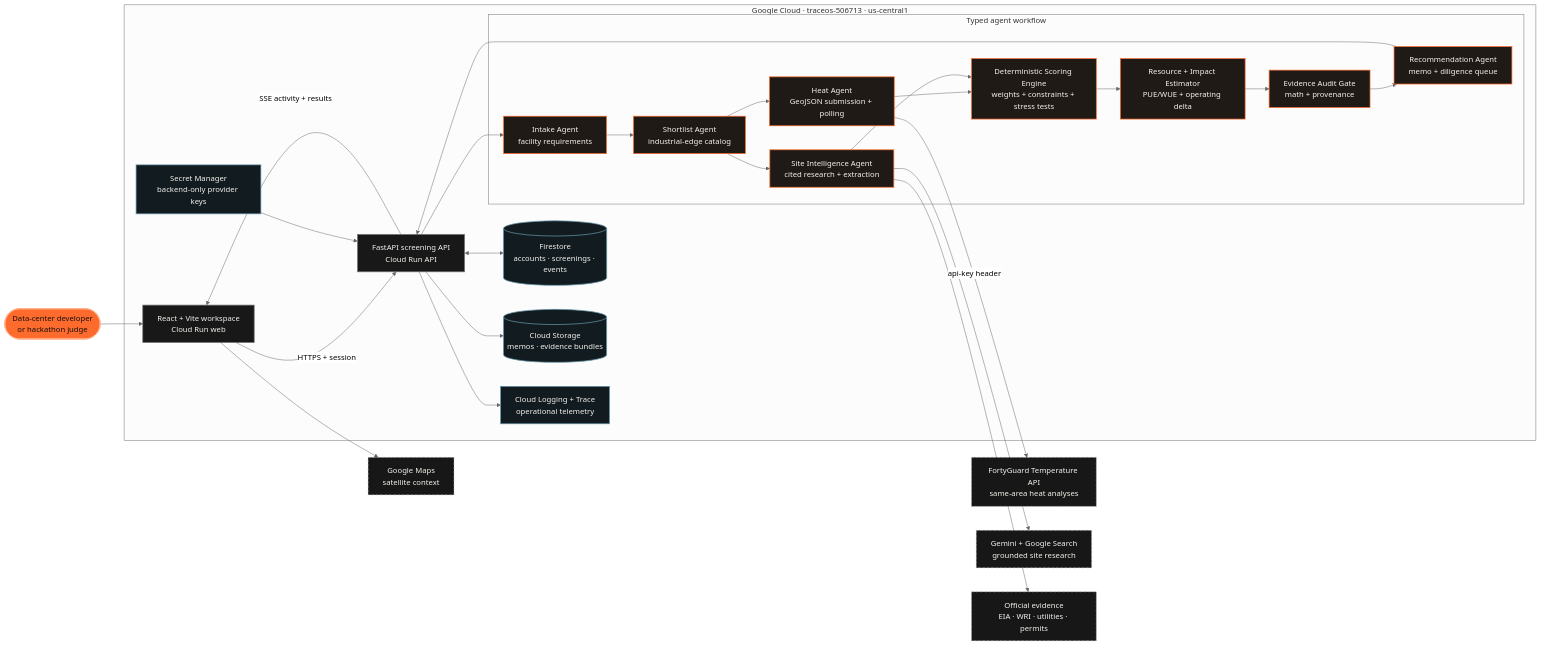
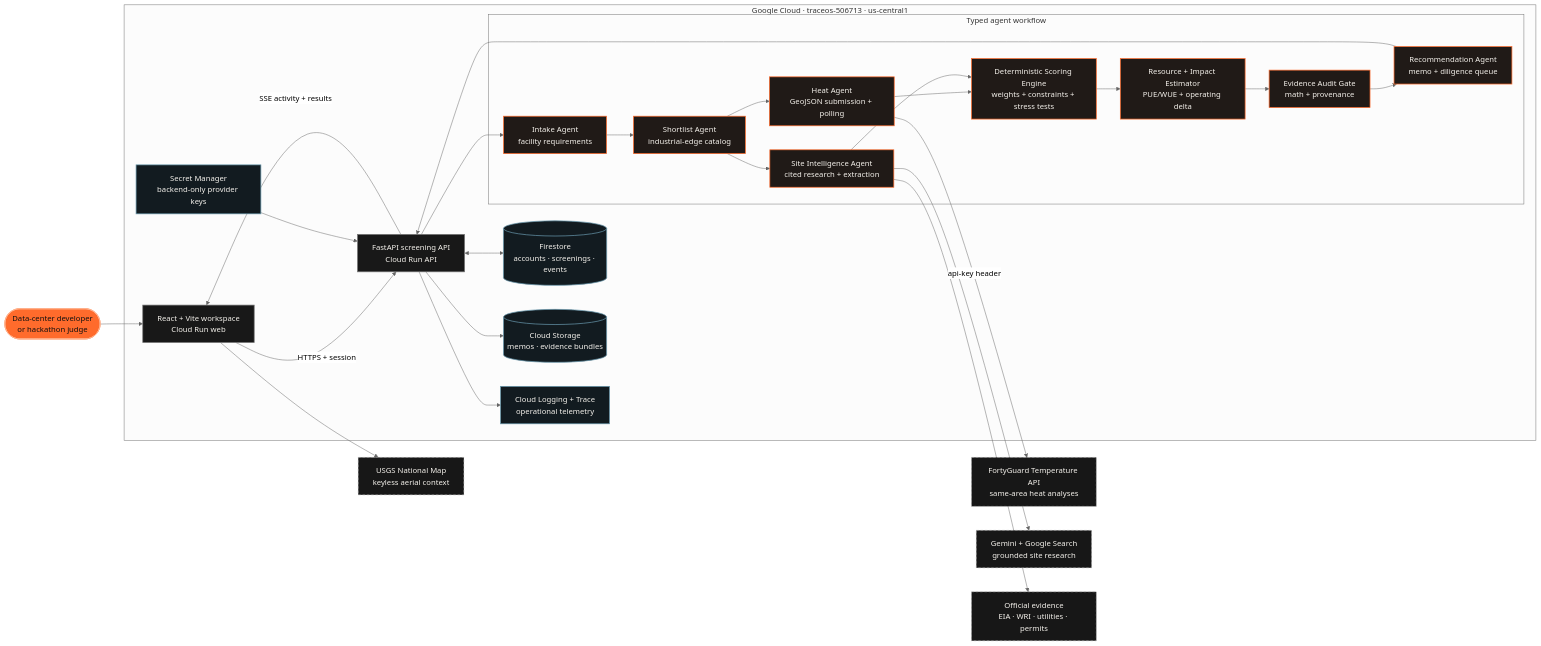
The diagram in docs/architecture/thermasite-architecture.mmd (foundator779/ThermaSite), drawn with Mermaid (neutral theme) before and after one commit. The commit also changed 21 other files, not shown here.

Commit message:
Remove browser API keys with keyless USGS maps

```diff
--- a/docs/architecture/thermasite-architecture.mmd
+++ b/docs/architecture/thermasite-architecture.mmd
@@ -1,62 +1,62 @@
 flowchart LR
   USER([Data-center developer<br/>or hackathon judge])
 
   subgraph GCP[Google Cloud · traceos-506713 · us-central1]
     WEB[React + Vite workspace<br/>Cloud Run web]
     API[FastAPI screening API<br/>Cloud Run API]
 
     subgraph WORKFLOW[Typed agent workflow]
       INTAKE[Intake Agent<br/>facility requirements]
       SHORTLIST[Shortlist Agent<br/>industrial-edge catalog]
       HEAT[Heat Agent<br/>GeoJSON submission + polling]
       INTEL[Site Intelligence Agent<br/>cited research + extraction]
       SCORE[Deterministic Scoring Engine<br/>weights + constraints + stress tests]
       EST[Resource + Impact Estimator<br/>PUE/WUE + operating delta]
       AUDIT[Evidence Audit Gate<br/>math + provenance]
       REC[Recommendation Agent<br/>memo + diligence queue]
 
       INTAKE --> SHORTLIST
       SHORTLIST --> HEAT
       SHORTLIST --> INTEL
       HEAT --> SCORE
       INTEL --> SCORE
       SCORE --> EST --> AUDIT --> REC
     end
 
     FIRESTORE[(Firestore<br/>accounts · screenings · events)]
     STORAGE[(Cloud Storage<br/>memos · evidence bundles)]
     SECRETS[Secret Manager<br/>backend-only provider keys]
     OBS[Cloud Logging + Trace<br/>operational telemetry]
 
     WEB -->|HTTPS + session| API
     API --> INTAKE
     REC --> API
     API -->|SSE activity + results| WEB
     API <--> FIRESTORE
     API --> STORAGE
     SECRETS --> API
     API --> OBS
   end
 
   FG[FortyGuard Temperature API<br/>same-area heat analyses]
   GEMINI[Gemini + Google Search<br/>grounded site research]
   SOURCES[Official evidence<br/>EIA · WRI · utilities · permits]
-  MAPS[Google Maps<br/>satellite context]
+  MAPS[USGS National Map<br/>keyless aerial context]
 
   USER --> WEB
   WEB --> MAPS
   HEAT -->|api-key header| FG
   INTEL --> GEMINI
   INTEL --> SOURCES
 
   classDef actor fill:#ff6b2c,stroke:#ffb08a,color:#111,stroke-width:2px;
   classDef service fill:#181818,stroke:#777,color:#f5f2ec,stroke-width:1.5px;
   classDef agent fill:#201a17,stroke:#ff6b2c,color:#f5f2ec,stroke-width:1.5px;
   classDef data fill:#121b20,stroke:#6696aa,color:#f5f2ec,stroke-width:1.5px;
   classDef external fill:#171717,stroke:#aaa,color:#f5f2ec,stroke-dasharray:5 4;
 
   class USER actor;
   class WEB,API service;
   class INTAKE,SHORTLIST,HEAT,INTEL,SCORE,EST,AUDIT,REC agent;
   class FIRESTORE,STORAGE,SECRETS,OBS data;
   class FG,GEMINI,SOURCES,MAPS external;
```
